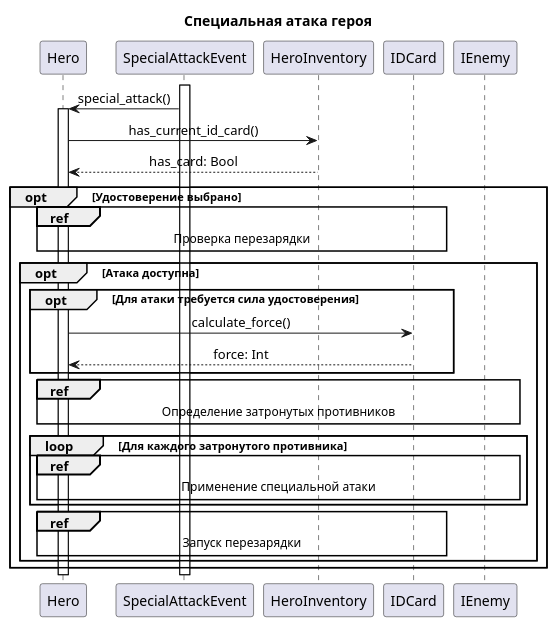
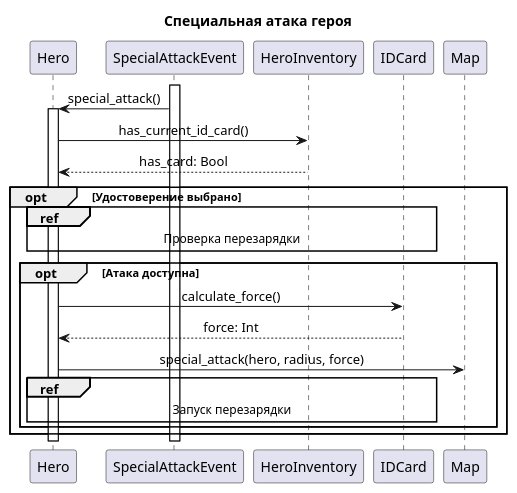
One commit to ISArchitec/Roguelike changed the diagram in docs/diagrams/sequence/sequence_hero_special_attack.plantuml. Above: the diagram before and after it, drawn with PlantUML. The commit also changed 3 other files, not shown here.

Commit message:
fix: normal and special attack flows

```diff
--- a/docs/diagrams/sequence/sequence_hero_special_attack.plantuml
+++ b/docs/diagrams/sequence/sequence_hero_special_attack.plantuml
@@ -1,36 +1,31 @@
 @startuml
 skinparam shadowing false
 skinparam sequenceParticipant roundCorner 0
 skinparam sequenceLifeLineBorderColor black
 skinparam sequenceLifeLineBackgroundColor white
 skinparam sequenceMessageAlign center
 title Специальная атака героя
 
 participant Hero
 participant SpecialAttackEvent as Event
 participant HeroInventory as Inventory
 participant IDCard as Card
-participant IEnemy as Enemy
+participant Map
 
 activate Event
 Event -> Hero: special_attack()
 activate Hero
 Hero -> Inventory: has_current_id_card()
 Inventory --> Hero: has_card: Bool
 opt Удостоверение выбрано
     ref over Hero, Card: Проверка перезарядки
     opt Атака доступна
-        opt Для атаки требуется сила удостоверения
-            Hero -> Card: calculate_force()
-            Card --> Hero: force: Int
-        end
-        ref over Hero, Enemy: Определение затронутых противников
-        loop Для каждого затронутого противника
-            ref over Hero, Enemy: Применение специальной атаки
-        end
+        Hero -> Card: calculate_force()
+        Card --> Hero: force: Int
+        Hero -> Map: special_attack(hero, radius, force)
         ref over Hero, Card: Запуск перезарядки
     end
 end
 deactivate Hero
 deactivate Event
 @enduml
```
